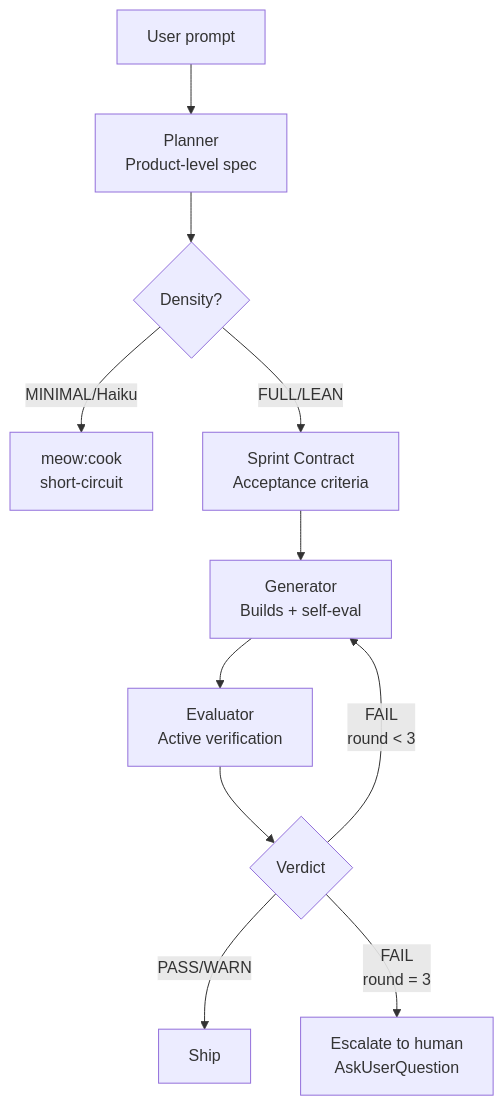
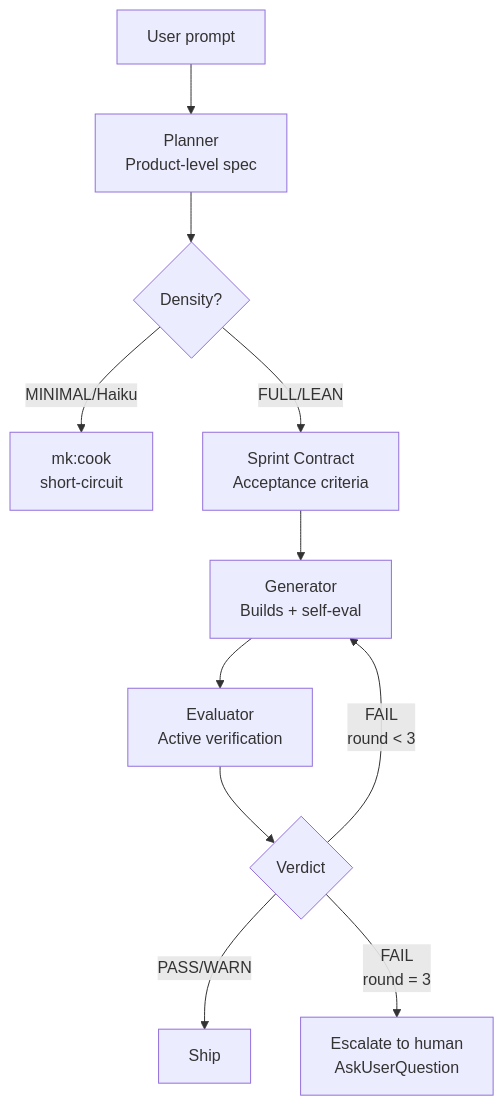
One commit to ngocsangyem/MeowKit changed the first of 3 diagrams in website/guide/harness-architecture.md. Above: the diagram before and after it, drawn with Mermaid. The commit also changed other lines of this file and 1235 other files, not shown here.

````diff
--- a/website/guide/harness-architecture.md
+++ b/website/guide/harness-architecture.md
@@ -42,13 +42,13 @@
 ```mermaid
 flowchart TD
     A[User prompt] --> B[Planner\nProduct-level spec]
     B --> C{Density?}
-    C -- MINIMAL/Haiku --> D[meow:cook\nshort-circuit]
+    C -- MINIMAL/Haiku --> D[mk:cook\nshort-circuit]
     C -- FULL/LEAN --> E[Sprint Contract\nAcceptance criteria]
     E --> F[Generator\nBuilds + self-eval]
     F --> G[Evaluator\nActive verification]
     G --> H{Verdict}
     H -- PASS/WARN --> I[Ship]
     H -- FAIL\nround < 3 --> F
     H -- FAIL\nround = 3 --> J[Escalate to human\nAskUserQuestion]
 ```
````
